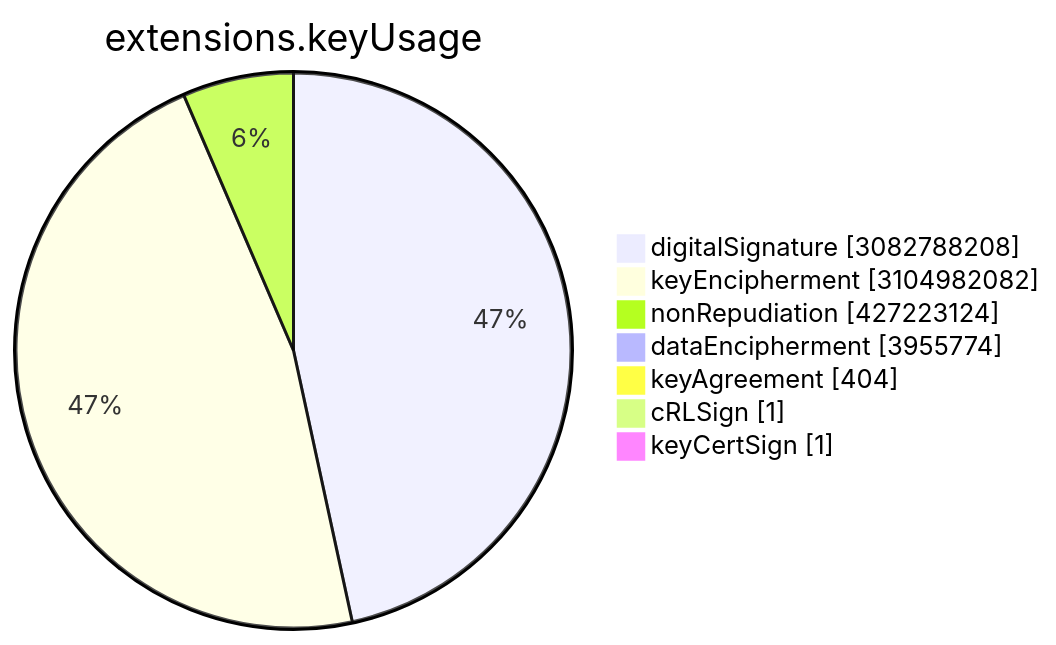
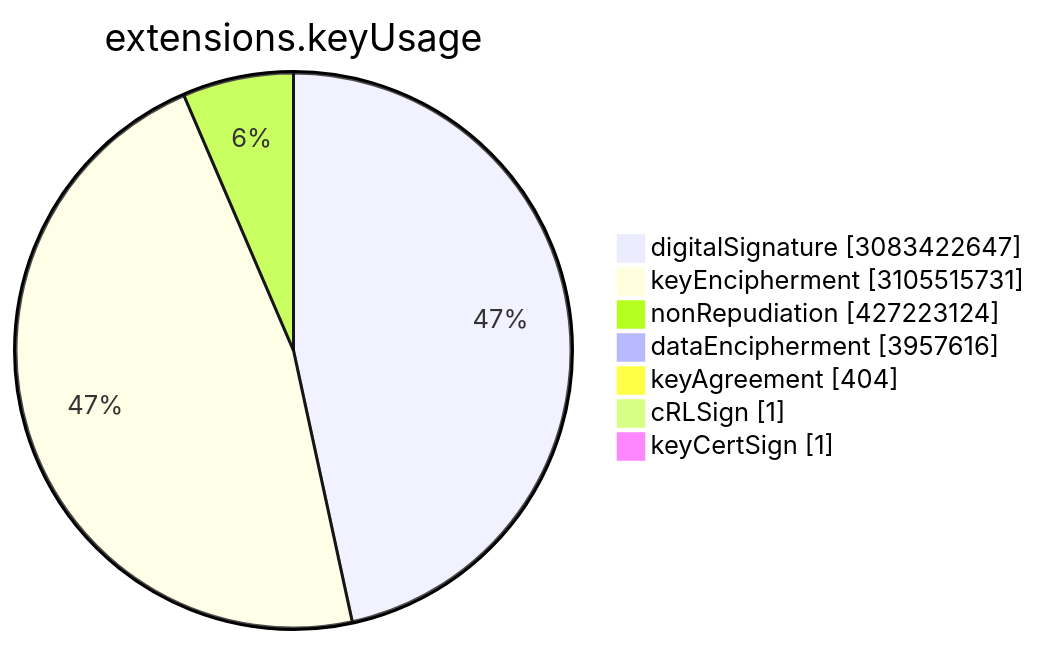
One commit to christiankrug/ctmonitor_visualization changed the sixth of 15 diagrams in TOTAL/README.md. Above: the diagram before and after it, drawn with Mermaid. The commit also changed other lines of this file, not shown here.

````diff
--- a/TOTAL/README.md
+++ b/TOTAL/README.md
@@ -3077,11 +3077,11 @@
 ```mermaid
 pie showData
 title extensions.keyUsage
-"digitalSignature" :3082788208
-"keyEncipherment" :3104982082
+"digitalSignature" :3083422647
+"keyEncipherment" :3105515731
 "nonRepudiation" :427223124
-"dataEncipherment" :3955774
+"dataEncipherment" :3957616
 "keyAgreement" :404
 "cRLSign" :1
 "keyCertSign" :1
 ```
````
